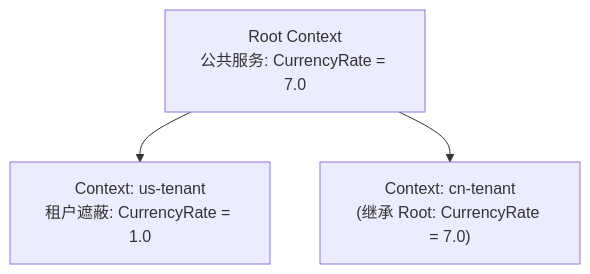
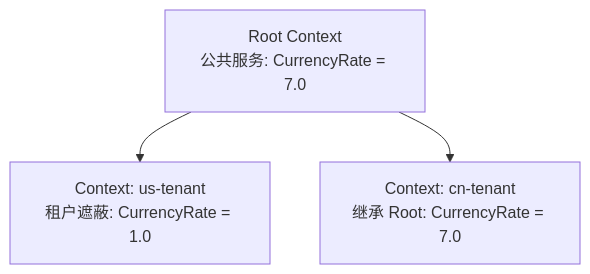
One commit to fjay/knotra changed the third of 5 diagrams in docs/Knotra API 与集成指南.md. Above: the diagram before and after it, drawn with Mermaid. The commit also changed other lines of this file and 7 other files, not shown here.

Commit message:
docs: 修复 Mermaid 图表语法并清理所有 emoji 表情

````diff
--- a/docs/Knotra API 与集成指南.md
+++ b/docs/Knotra API 与集成指南.md
@@ -163,9 +163,9 @@
 ```mermaid
 graph TD
     Root["Root Context<br/>公共服务: CurrencyRate = 7.0"]
     US["Context: us-tenant<br/>租户遮蔽: CurrencyRate = 1.0"]
-    CN["Context: cn-tenant<br/>(继承 Root: CurrencyRate = 7.0)"]
+    CN["Context: cn-tenant<br/>继承 Root: CurrencyRate = 7.0"]
 
     Root --> US
     Root --> CN
 ```
````
